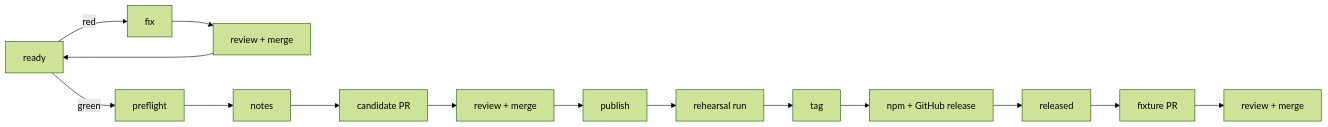
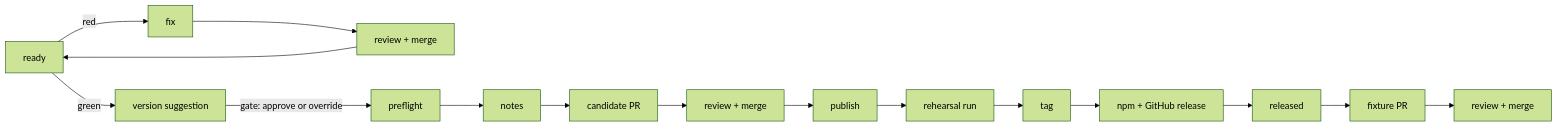
Before and after one commit to marvingygas/spoolway: the diagram in docs/releasing.md, drawn with Mermaid (forest theme). The commit also changed other lines of this file and 8 other files, not shown here.

First line of the commit message:
feat(release): add a version gate to automated landing

````diff
--- a/docs/releasing.md
+++ b/docs/releasing.md
@@ -7,6 +8,7 @@
 ```mermaid
 flowchart LR
   R[ready] -->|red| X[fix] --> M[review + merge] --> R
-  R -->|green| A[preflight] --> B[notes] --> C[candidate PR] --> N[review + merge] --> P[publish]
+  R -->|green| S[version suggestion] -->|gate: approve or override| A[preflight] --> B[notes]
+  B --> C[candidate PR] --> N[review + merge] --> P[publish]
   P --> E[rehearsal run] --> F[tag] --> G[npm + GitHub release] --> V[released] --> Z[fixture PR] --> Q[review + merge]
 ```
````
